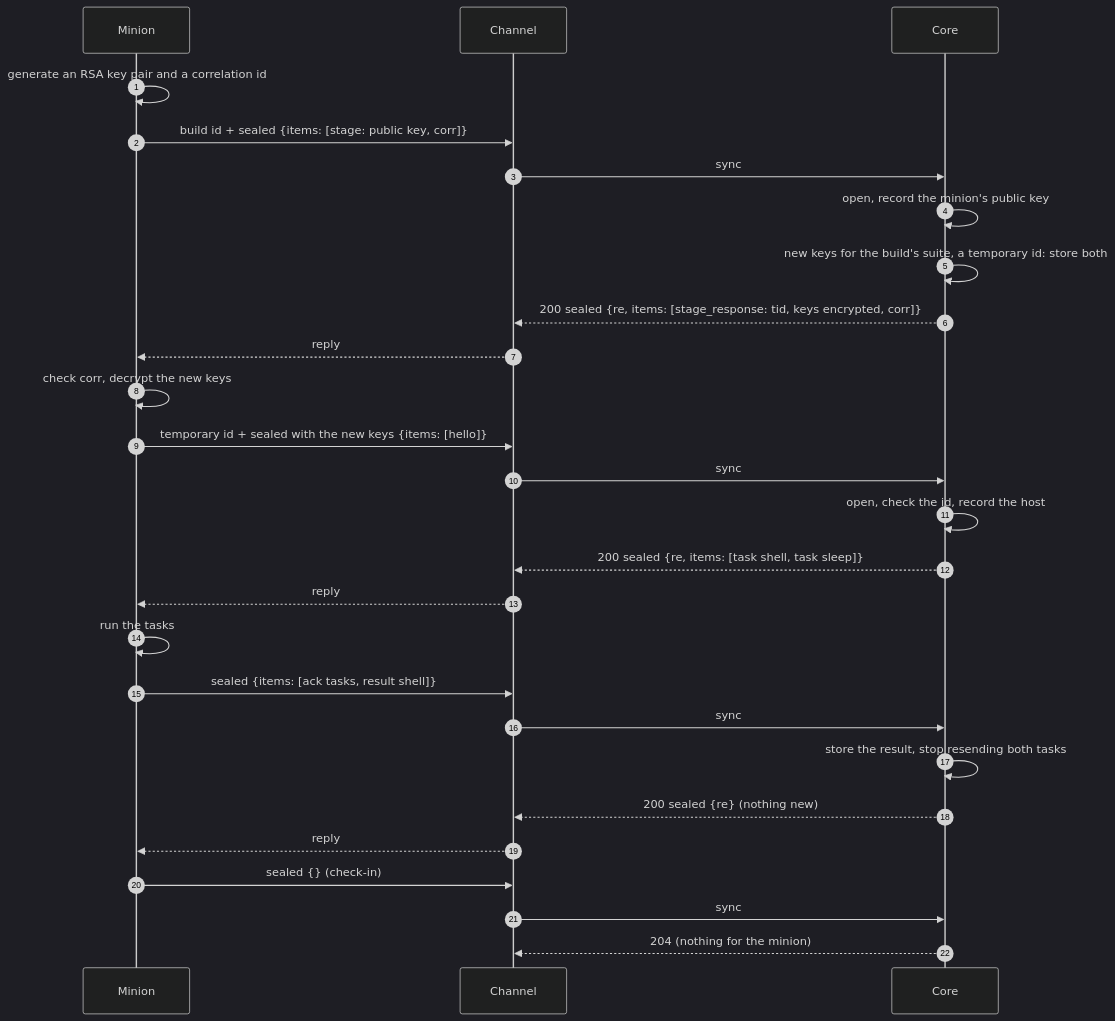
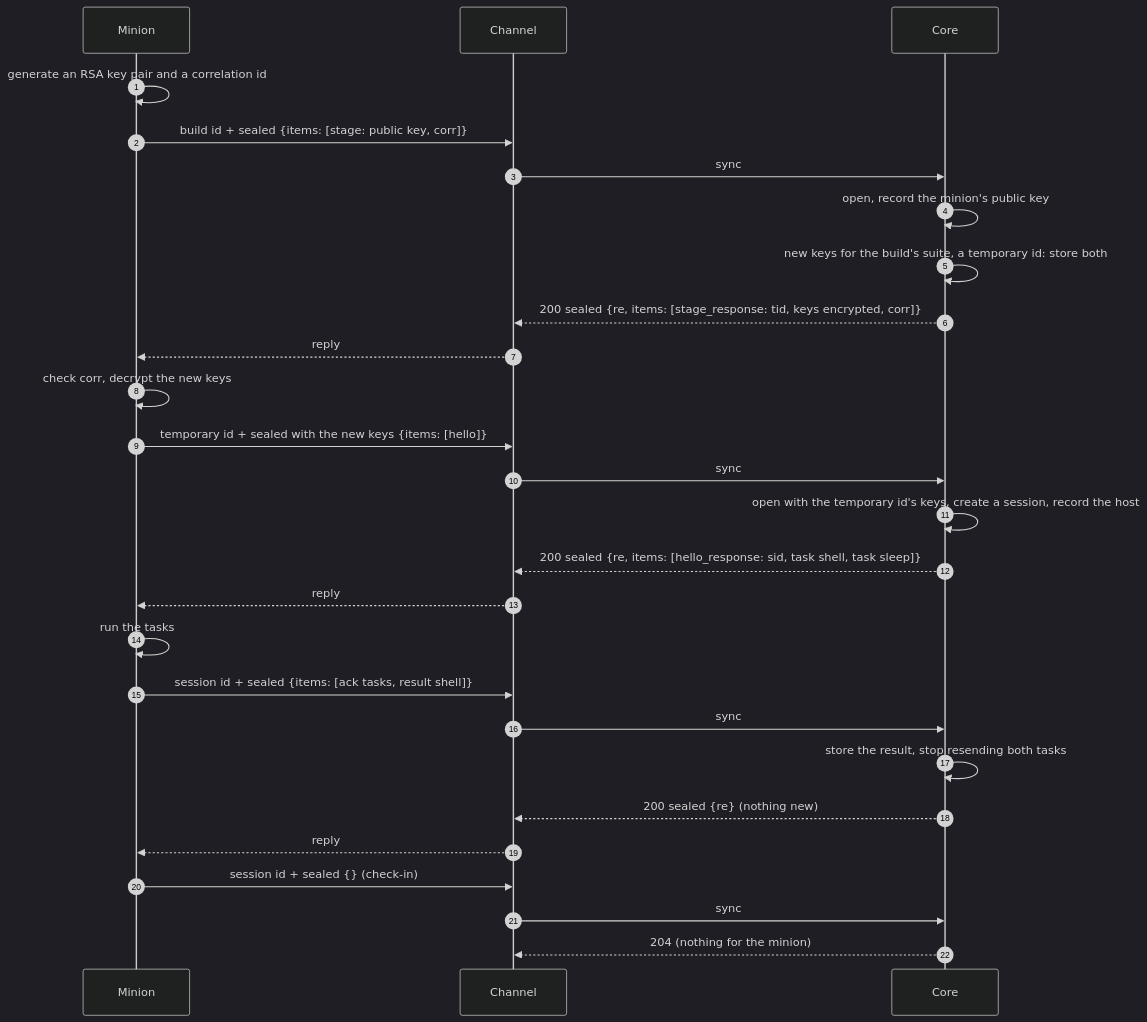
Before and after one commit to LogosCore/logos-docs: the diagram in src/content/docs/contracts/minion-messages.md, drawn with Mermaid (dark theme). The commit also changed other lines of this file, not shown here.

First line of the commit message:
Minion Messages (Draft): staging per process, hello under the temporary id, hello_response with a session id; RSA-2048, temporary ids for a day, build keys kept

````diff
--- a/src/content/docs/contracts/minion-messages.md
+++ b/src/content/docs/contracts/minion-messages.md
@@ -274,30 +300,30 @@
 ```mermaid
 sequenceDiagram
     autonumber
     participant M as Minion
     participant CH as Channel
     participant C as Core
 
     M->>M: generate an RSA key pair and a correlation id
     M->>CH: build id + sealed {items: [stage: public key, corr]}
     CH->>C: sync
     C->>C: open, record the minion's public key
     C->>C: new keys for the build's suite, a temporary id: store both
     C-->>CH: 200 sealed {re, items: [stage_response: tid, keys encrypted, corr]}
     CH-->>M: reply
     M->>M: check corr, decrypt the new keys
     M->>CH: temporary id + sealed with the new keys {items: [hello]}
     CH->>C: sync
-    C->>C: open, check the id, record the host
-    C-->>CH: 200 sealed {re, items: [task shell, task sleep]}
+    C->>C: open with the temporary id's keys, create a session, record the host
+    C-->>CH: 200 sealed {re, items: [hello_response: sid, task shell, task sleep]}
     CH-->>M: reply
     M->>M: run the tasks
-    M->>CH: sealed {items: [ack tasks, result shell]}
+    M->>CH: session id + sealed {items: [ack tasks, result shell]}
     CH->>C: sync
     C->>C: store the result, stop resending both tasks
     C-->>CH: 200 sealed {re} (nothing new)
     CH-->>M: reply
-    M->>CH: sealed {} (check-in)
+    M->>CH: session id + sealed {} (check-in)
     CH->>C: sync
     C-->>CH: 204 (nothing for the minion)
 ```
````
